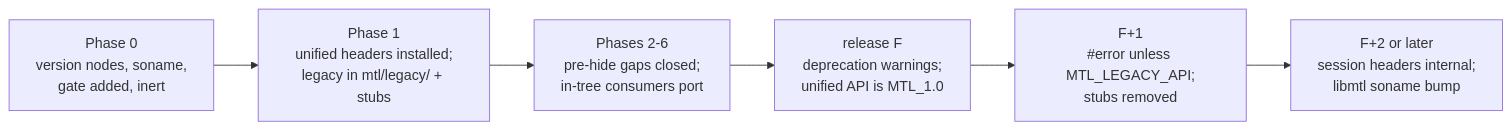
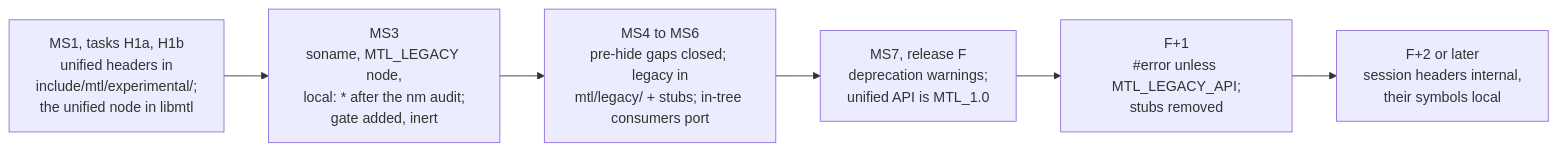
One commit to Sakoram/Media-Transport-Library changed diagram 25 of 56 in doc/unified-api/diagrams.md. Above: the diagram before and after it, drawn with Mermaid. The commit also changed other lines of this file and 56 other files, not shown here.

First line of the commit message:
Docs: Turn the unified API docs into the MS1 handoff

````diff
--- a/doc/unified-api/diagrams.md
+++ b/doc/unified-api/diagrams.md
@@ -647,8 +698,8 @@
 ```mermaid
 flowchart LR
-    S0["Phase 0<br/>version nodes, soname,<br/>gate added, inert"] --> S1["Phase 1<br/>unified headers installed;<br/>legacy in mtl/legacy/ + stubs"]
-    S1 --> S2["Phases 2-6<br/>pre-hide gaps closed;<br/>in-tree consumers port"]
-    S2 --> F["release F<br/>deprecation warnings;<br/>unified API is MTL_1.0"]
+    S1["MS1, tasks H1a, H1b<br/>unified headers in<br/>include/mtl/experimental/;<br/>the unified node in libmtl"] --> S3["MS3<br/>soname, MTL_LEGACY node,<br/>local: * after the nm audit;<br/>gate added, inert"]
+    S3 --> S6["MS4 to MS6<br/>pre-hide gaps closed; legacy in<br/>mtl/legacy/ + stubs; in-tree consumers port"]
+    S6 --> F["MS7, release F<br/>deprecation warnings;<br/>unified API is MTL_1.0"]
     F --> F1["F+1<br/>#error unless MTL_LEGACY_API;<br/>stubs removed"]
-    F1 --> F2["F+2 or later<br/>session headers internal;<br/>libmtl soname bump"]
+    F1 --> F2["F+2 or later<br/>session headers internal,<br/>their symbols local"]
 ```
````
